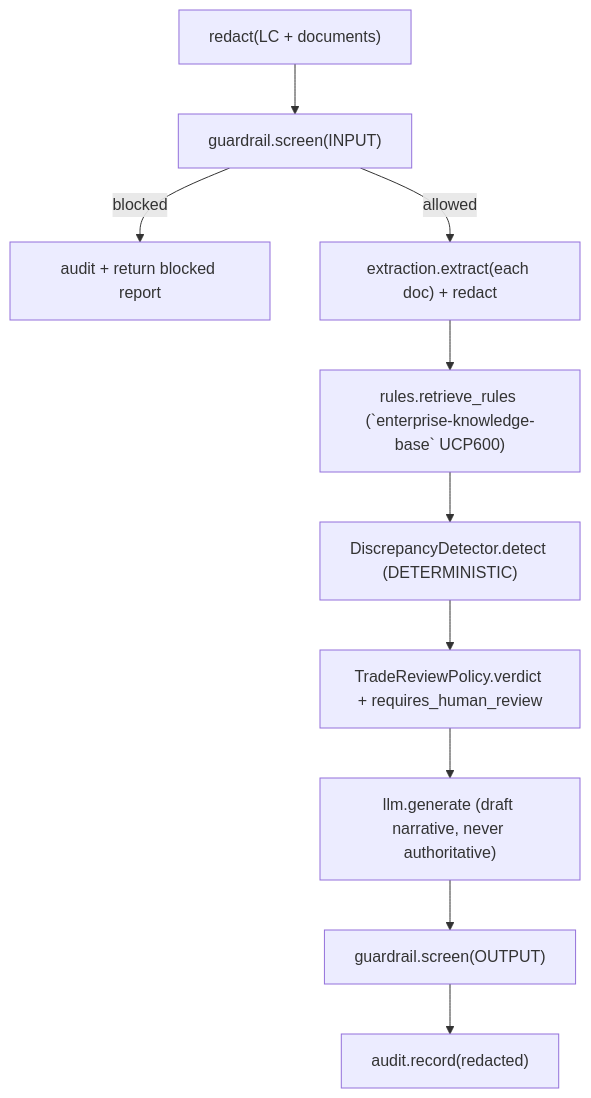
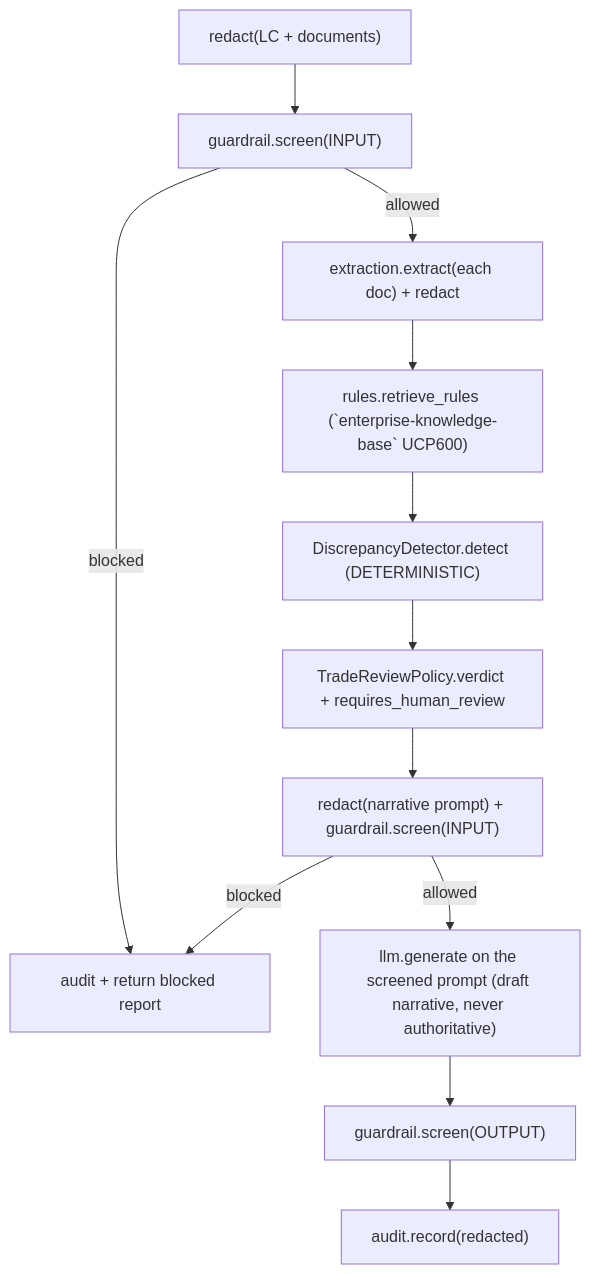
One commit to portable-genai/trade-finance-checker changed the diagram in SPEC.md. Above: the diagram before and after it, drawn with Mermaid. The commit also changed 3 other files, not shown here.

````diff
--- a/SPEC.md
+++ b/SPEC.md
@@ -118,12 +118,14 @@
 ```mermaid
 flowchart TD
     redact["redact(LC + documents)"] --> screenIn["guardrail.screen(INPUT)"]
     screenIn -->|blocked| blockedAudit["audit + return blocked report"]
     screenIn -->|allowed| extract["extraction.extract(each doc) + redact"]
     extract --> rules["rules.retrieve_rules (`enterprise-knowledge-base` UCP600)"]
     rules --> detect["DiscrepancyDetector.detect (DETERMINISTIC)"]
     detect --> verdict["TradeReviewPolicy.verdict + requires_human_review"]
-    verdict --> draft["llm.generate (draft narrative, never authoritative)"]
+    verdict --> screenPrompt["redact(narrative prompt) + guardrail.screen(INPUT)"]
+    screenPrompt -->|blocked| blockedAudit
+    screenPrompt -->|allowed| draft["llm.generate on the screened prompt (draft narrative, never authoritative)"]
     draft --> screenOut["guardrail.screen(OUTPUT)"]
     screenOut --> audit["audit.record(redacted)"]
 ```
````
